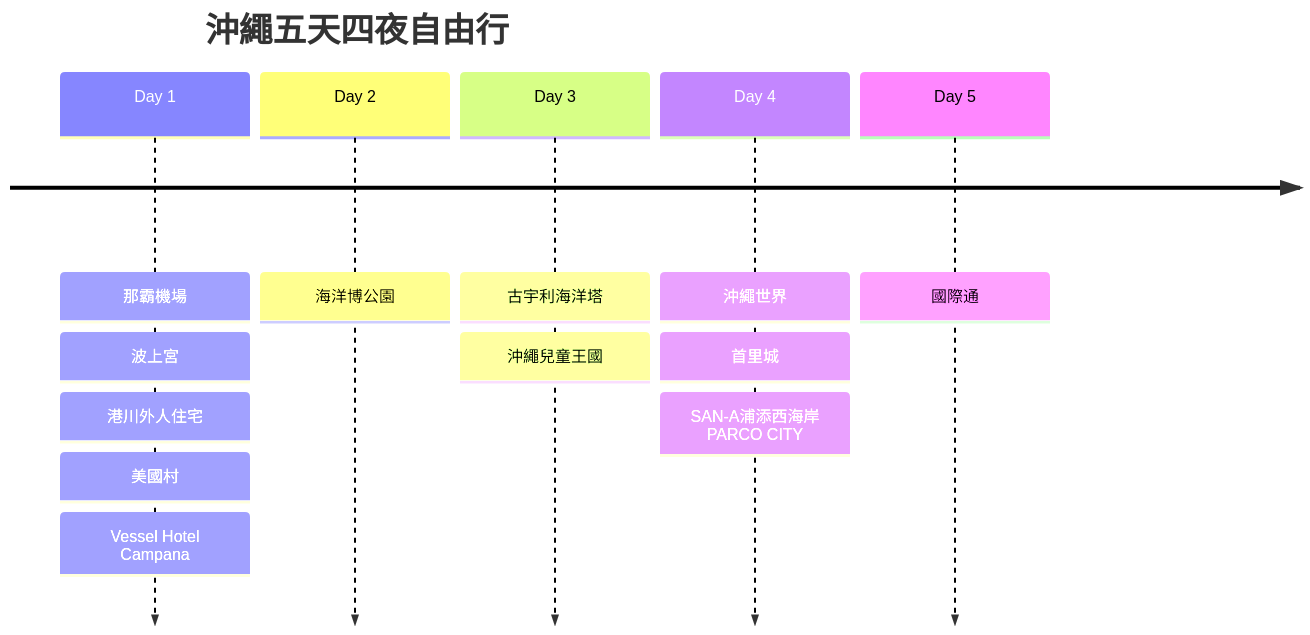
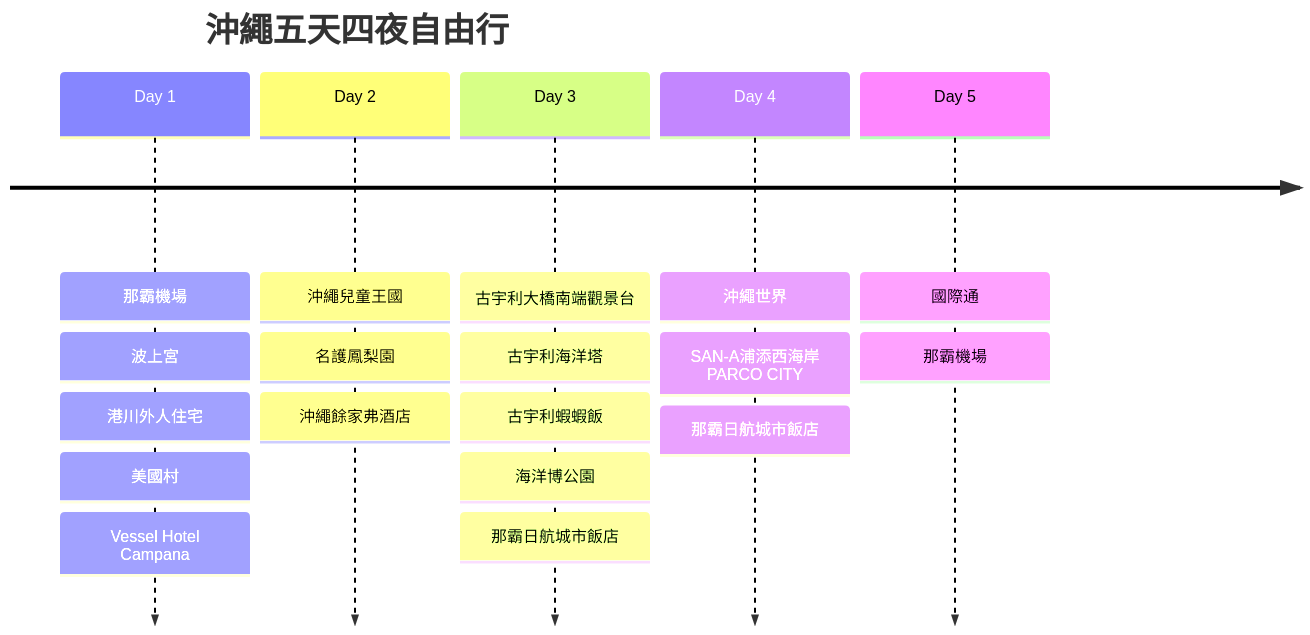
Before and after one commit to wilder640/trip: the first of 6 diagrams in docs/blog/posts/okinawa/okinawa-2024-12/okinawa-2024-12.md, drawn with Mermaid. The commit also changed other lines of this file and 13 other files, not shown here.

````diff
--- a/docs/blog/posts/okinawa/okinawa-2024-12/okinawa-2024-12.md
+++ b/docs/blog/posts/okinawa/okinawa-2024-12/okinawa-2024-12.md
@@ -27,9 +29,9 @@
 ``` mermaid
 timeline
     title 沖繩五天四夜自由行
     Day 1 : 那霸機場 : 波上宮 : 港川外人住宅 : 美國村 : Vessel Hotel Campana
-    Day 2 : 海洋博公園
-    Day 3 : 古宇利海洋塔 : 沖繩兒童王國
-    Day 4 : 沖繩世界 : 首里城 : SAN-A浦添西海岸 PARCO CITY
-    Day 5 : 國際通
+    Day 2 : 沖繩兒童王國 : 名護鳳梨園 : 沖繩餘家弗酒店
+    Day 3 : 古宇利大橋南端觀景台 : 古宇利海洋塔 : 古宇利蝦蝦飯 : 海洋博公園 : 那霸日航城市飯店
+    Day 4 : 沖繩世界 : SAN-A浦添西海岸 PARCO CITY : 那霸日航城市飯店
+    Day 5 : 國際通 : 那霸機場
 ```
````
